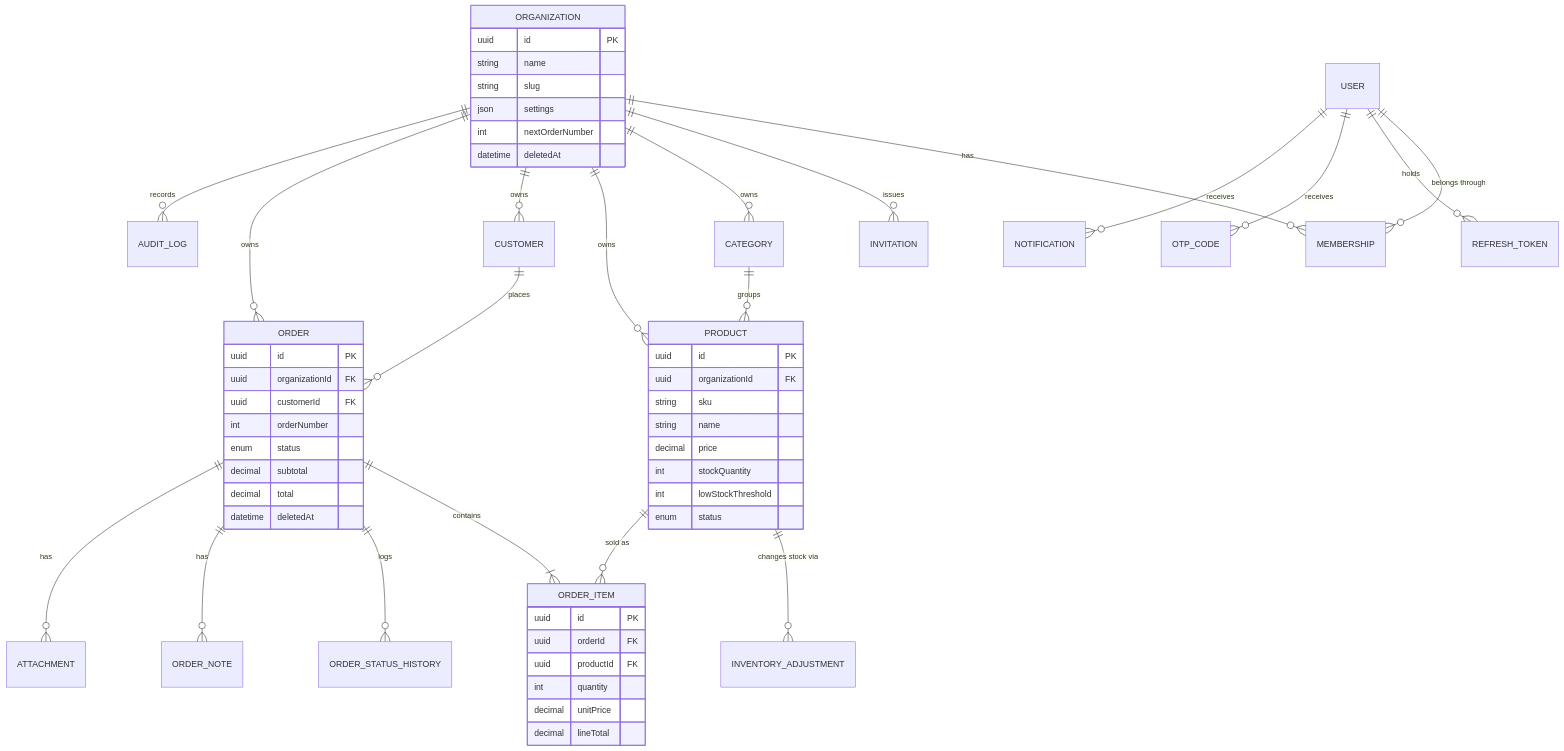
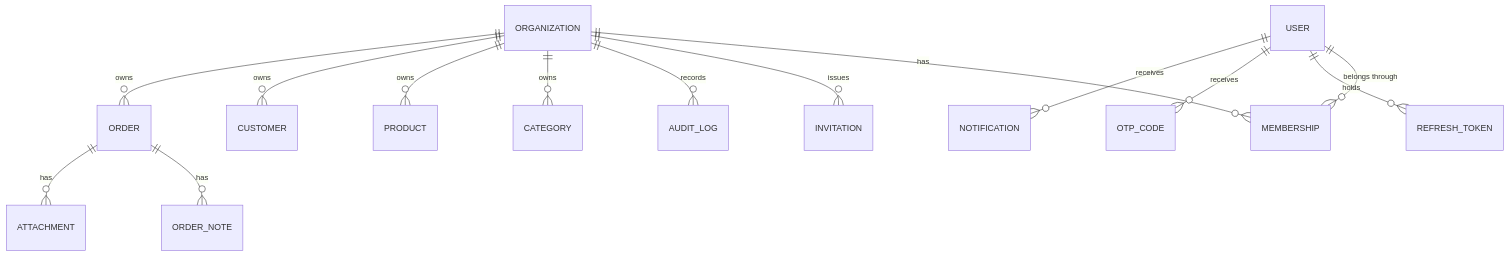
One commit to josephstephen-dev/orderspace changed the sixth of 7 diagrams in README.md. Above: the diagram before and after it, drawn with Mermaid. The commit also changed other lines of this file, not shown here.

````diff
--- a/README.md
+++ b/README.md
@@ -420,59 +392,31 @@
 ```mermaid
+
 erDiagram
-    USER ||--o{ MEMBERSHIP : "belongs through"
-    ORGANIZATION ||--o{ MEMBERSHIP : "has"
-    ORGANIZATION ||--o{ INVITATION : "issues"
-    ORGANIZATION ||--o{ CATEGORY : "owns"
-    ORGANIZATION ||--o{ PRODUCT : "owns"
-    ORGANIZATION ||--o{ CUSTOMER : "owns"
-    ORGANIZATION ||--o{ ORDER : "owns"
-    ORGANIZATION ||--o{ AUDIT_LOG : "records"
-    CATEGORY ||--o{ PRODUCT : "groups"
-    PRODUCT ||--o{ INVENTORY_ADJUSTMENT : "changes stock via"
-    CUSTOMER ||--o{ ORDER : "places"
-    ORDER ||--|{ ORDER_ITEM : "contains"
-    PRODUCT ||--o{ ORDER_ITEM : "sold as"
-    ORDER ||--o{ ORDER_STATUS_HISTORY : "logs"
-    ORDER ||--o{ ORDER_NOTE : "has"
-    ORDER ||--o{ ATTACHMENT : "has"
-    USER ||--o{ REFRESH_TOKEN : "holds"
-    USER ||--o{ OTP_CODE : "receives"
-    USER ||--o{ NOTIFICATION : "receives"
 
-    ORGANIZATION {
-        uuid id PK
-        string name
-        string slug
-        json settings
-        int nextOrderNumber
-        datetime deletedAt
-    }
-    PRODUCT {
-        uuid id PK
-        uuid organizationId FK
-        string sku
-        string name
-        decimal price
-        int stockQuantity
-        int lowStockThreshold
-        enum status
-    }
-    ORDER {
-        uuid id PK
-        uuid organizationId FK
-        uuid customerId FK
-        int orderNumber
-        enum status
-        decimal subtotal
-        decimal total
-        datetime deletedAt
-    }
-    ORDER_ITEM {
-        uuid id PK
-        uuid orderId FK
-        uuid productId FK
-        int quantity
-        decimal unitPrice
-        decimal lineTotal
-    }
+    USER ||--o{ MEMBERSHIP : "belongs through"
+
+    ORGANIZATION ||--o{ MEMBERSHIP : "has"
+
+    ORGANIZATION ||--o{ INVITATION : "issues"
+
+    ORGANIZATION ||--o{ AUDIT_LOG : "records"
+
+    ORGANIZATION ||--o{ CATEGORY : "owns"
+
+    ORGANIZATION ||--o{ PRODUCT : "owns"
+
+    ORGANIZATION ||--o{ CUSTOMER : "owns"
+
+    ORGANIZATION ||--o{ ORDER : "owns"
+
+    ORDER ||--o{ ORDER_NOTE : "has"
+
+    ORDER ||--o{ ATTACHMENT : "has"
+
+    USER ||--o{ REFRESH_TOKEN : "holds"
+
+    USER ||--o{ OTP_CODE : "receives"
+
+    USER ||--o{ NOTIFICATION : "receives"
+
 ```
````
